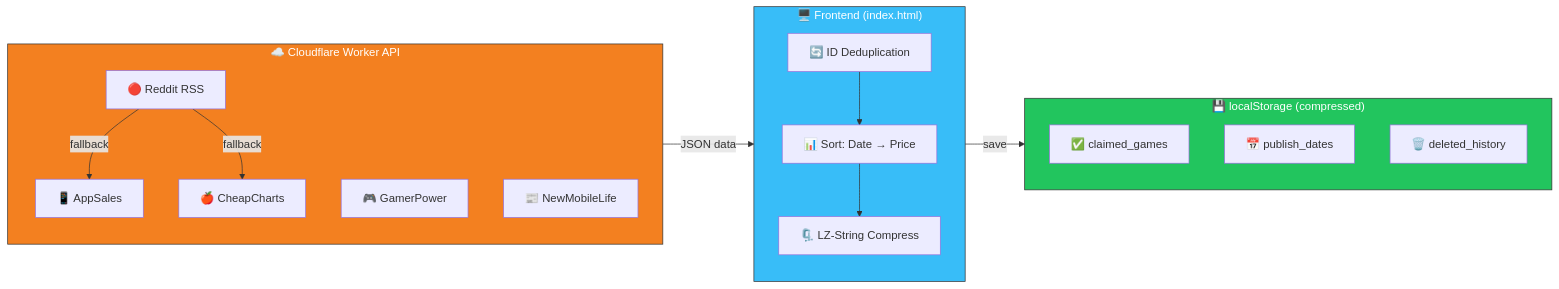
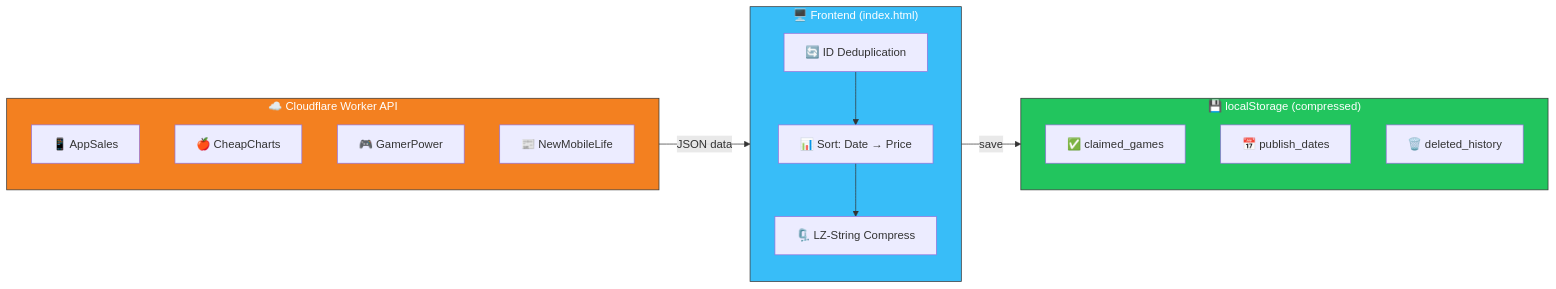
One commit to yikchun1234/loot-game-radar changed the diagram in README.md. Above: the diagram before and after it, drawn with Mermaid. The commit also changed other lines of this file and 1 other file, not shown here.

Commit message:
Disable Reddit RSS - use AppSales/CheapCharts/NewMobileLife as primary sources

````diff
--- a/README.md
+++ b/README.md
@@ -172,35 +172,32 @@
 ```mermaid
 flowchart LR
     subgraph Worker["☁️ Cloudflare Worker API"]
         direction TB
-        R["🔴 Reddit RSS"]
         A["📱 AppSales"]
         C["🍎 CheapCharts"]
         G["🎮 GamerPower"]
         N["📰 NewMobileLife"]
-        R -->|fallback| A
-        R -->|fallback| C
     end
 
     subgraph Frontend["🖥️ Frontend (index.html)"]
         direction TB
         D["🔄 ID Deduplication"]
         S["📊 Sort: Date → Price"]
         L["🗜️ LZ-String Compress"]
         D --> S --> L
     end
 
     subgraph Storage["💾 localStorage (compressed)"]
         direction TB
         CG["✅ claimed_games"]
         PD["📅 publish_dates"]
         DH["🗑️ deleted_history"]
     end
 
     Worker -->|JSON data| Frontend
     Frontend -->|save| Storage
 
     style Worker fill:#f38020,color:#fff,stroke:#333
     style Frontend fill:#38bdf8,color:#fff,stroke:#333
     style Storage fill:#22c55e,color:#fff,stroke:#333
 ```
````
